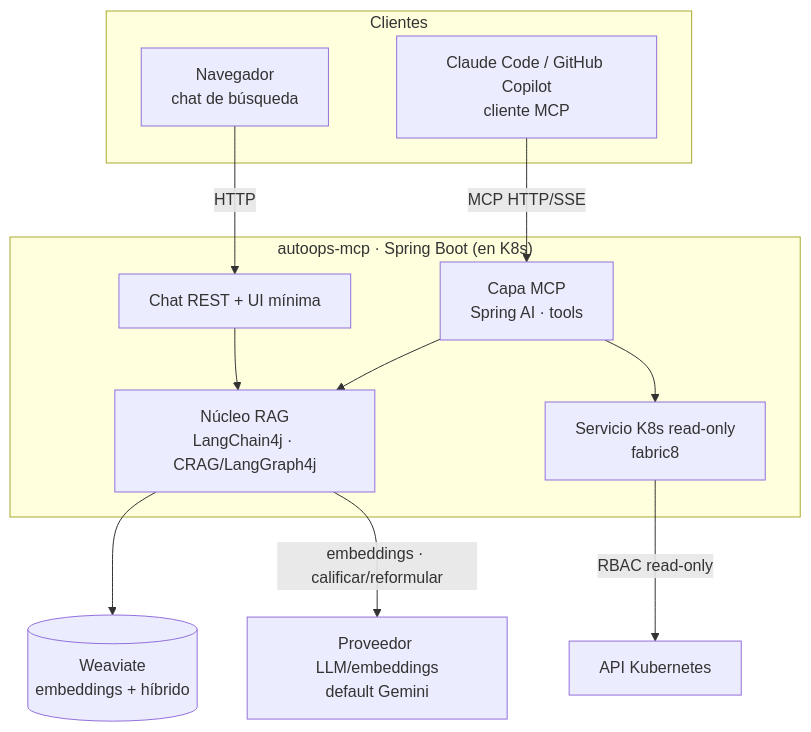
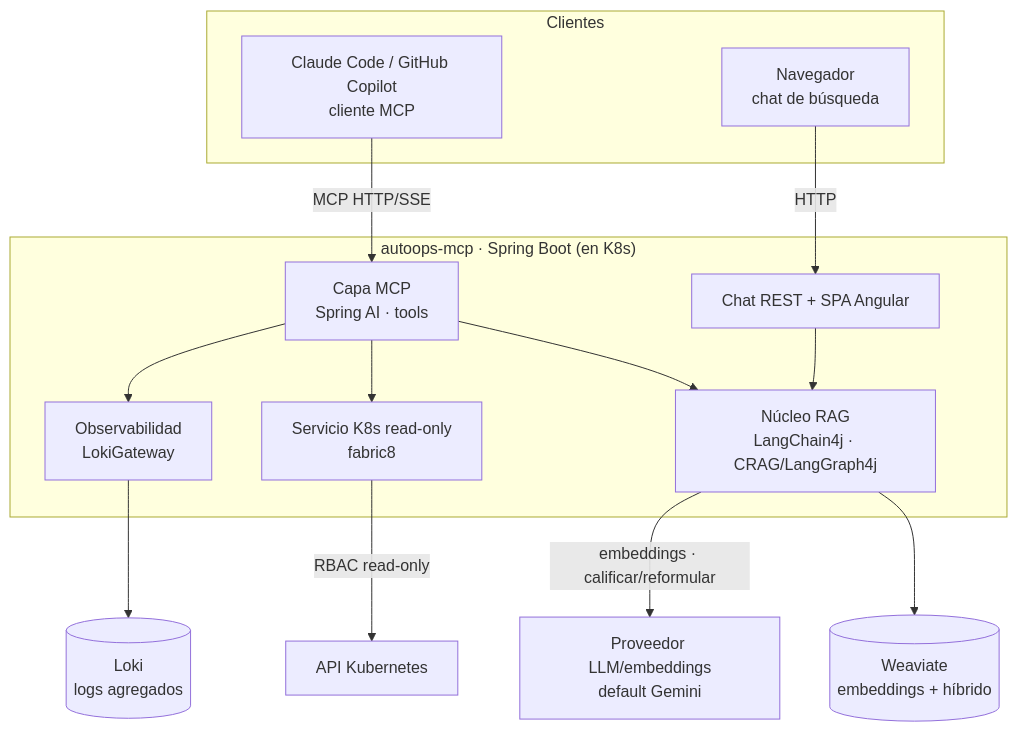
One commit to mikel0ne/ai-platform-portfolio changed the diagram in autoops/docs/arquitectura/README.md. Above: the diagram before and after it, drawn with Mermaid. The commit also changed other lines of this file and 6 other files, not shown here.

Commit message:
docs(autoops): align architecture docs with the code (embeddings, weaviate, packages, roadmap)

````diff
--- a/autoops/docs/arquitectura/README.md
+++ b/autoops/docs/arquitectura/README.md
@@ -29,25 +29,29 @@
 ```mermaid
 flowchart TB
     subgraph Clientes
         CC[Claude Code / GitHub Copilot<br/>cliente MCP]
         BR[Navegador<br/>chat de búsqueda]
     end
     subgraph App["autoops-mcp · Spring Boot (en K8s)"]
         MCP[Capa MCP<br/>Spring AI · tools]
-        CHAT[Chat REST + UI mínima]
+        CHAT[Chat REST + SPA Angular]
         RAG[Núcleo RAG<br/>LangChain4j · CRAG/LangGraph4j]
         K8S[Servicio K8s read-only<br/>fabric8]
+        OBS[Observabilidad<br/>LokiGateway]
     end
     WV[(Weaviate<br/>embeddings + híbrido)]
     KAPI[API Kubernetes]
     LLM[Proveedor LLM/embeddings<br/>default Gemini]
+    LK[(Loki<br/>logs agregados)]
 
     CC -->|MCP HTTP/SSE| MCP
     BR -->|HTTP| CHAT
     MCP --> RAG
     MCP --> K8S
+    MCP --> OBS
     CHAT --> RAG
     RAG --> WV
     RAG -->|embeddings · calificar/reformular| LLM
     K8S -->|RBAC read-only| KAPI
+    OBS --> LK
 ```
````
